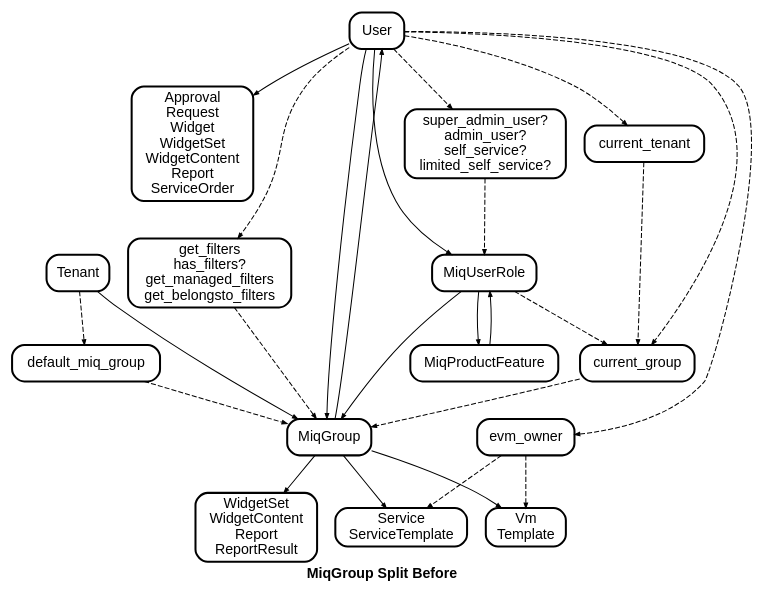
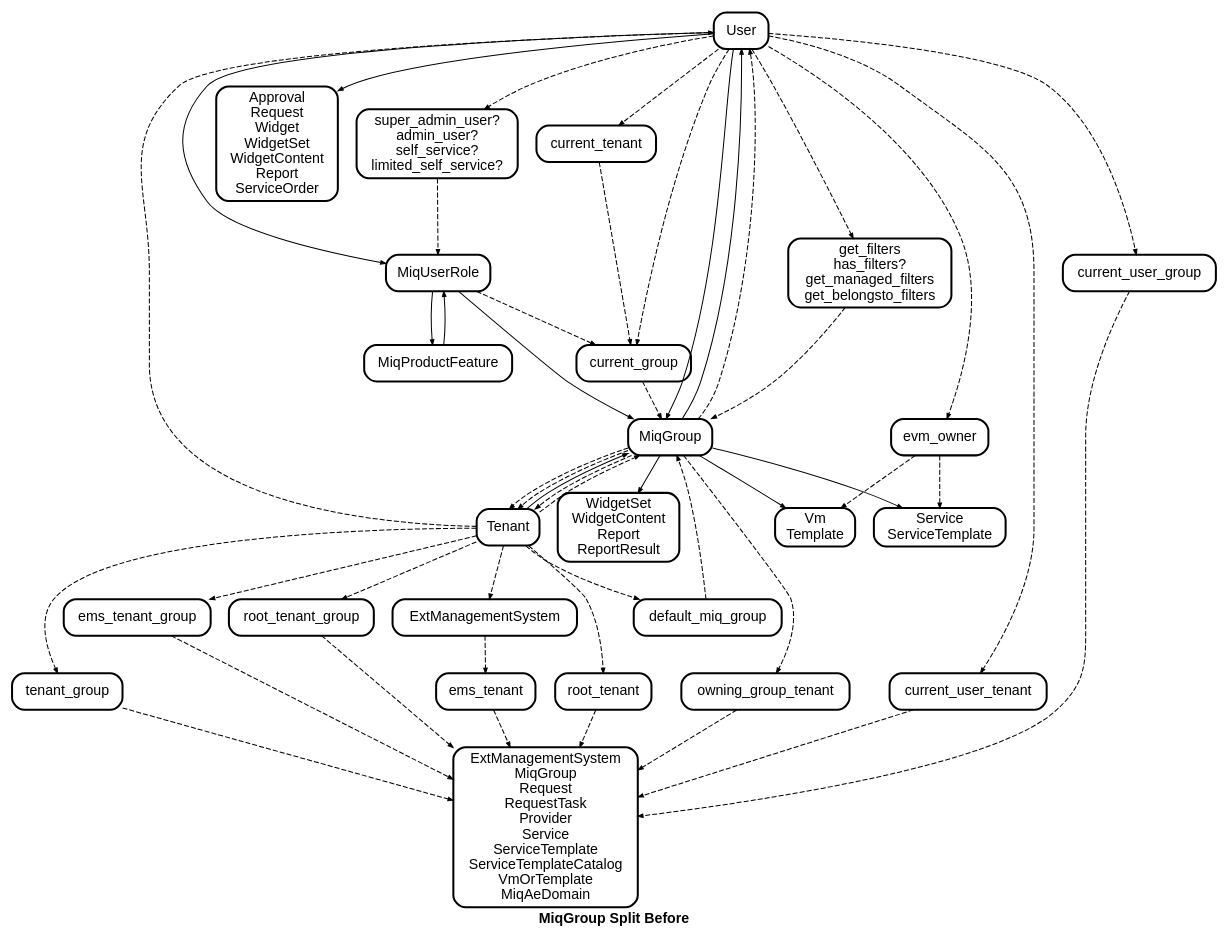
One commit to jrafanie/miq_group_split changed the diagram in miq_group_split_before.dot. Above: the diagram before and after it, drawn with Graphviz.

Commit message:
Add TenancyMixin relationships.

```diff
--- a/miq_group_split_before.dot
+++ b/miq_group_split_before.dot
@@ -1,30 +1,40 @@
 digraph MiqGroupSplitBefore {
 	graph [ fontname="Helvetica-Bold" ]
 	node  [ id="\N" shape="Mrecord" style="filled" fontname="Helvetica" fillcolor="#ffffff" penwidth="2" ]
 	edge  [ arrowsize="0.5" fontname="Helvetica" ]
 
 	label="MiqGroup Split Before"
 	style="rounded"
 
 	user_owned_resources [label="Approval\nRequest\nWidget\nWidgetSet\nWidgetContent\nReport\nServiceOrder"]
 	group_owned_resources [label="WidgetSet\nWidgetContent\nReport\nReportResult"]
 	owned_vms [label="Vm\nTemplate"]
 	user_filters [label="get_filters\nhas_filters?\nget_managed_filters\nget_belongsto_filters"]
 	user_levels [label="super_admin_user?\nadmin_user?\nself_service?\nlimited_self_service?"]
 	service_resources [label="Service\nServiceTemplate"]
+	tenancy_resources [label="ExtManagementSystem\nMiqGroup\nRequest\nRequestTask\nProvider\nService\nServiceTemplate\nServiceTemplateCatalog\nVmOrTemplate\nMiqAeDomain"]
 
 	Tenant -> MiqGroup
 	Tenant -> default_miq_group -> MiqGroup [style="dashed"]
 	MiqUserRole -> MiqGroup
 	MiqUserRole -> MiqProductFeature
 	MiqProductFeature -> MiqUserRole
 	MiqGroup -> User, owned_vms, group_owned_resources, service_resources
 	User -> MiqUserRole, MiqGroup
 	User -> current_tenant, current_group, user_filters, user_levels [style="dashed"]
 	user_filters -> MiqGroup [style="dashed"]
 	user_levels -> MiqUserRole [style="dashed"]
 	User -> evm_owner -> owned_vms, service_resources [style="dashed"]
 	User -> user_owned_resources
 	current_group -> MiqGroup [style="dashed"]
 	MiqUserRole, current_tenant -> current_group [style="dashed"]
+
+	Tenant -> MiqGroup -> owning_group_tenant -> tenancy_resources [style="dashed"]
+	Tenant -> User -> current_user_tenant -> tenancy_resources [style="dashed"]
+	Tenant -> ExtManagementSystem -> ems_tenant -> tenancy_resources [style="dashed"]
+	Tenant -> root_tenant -> tenancy_resources [style="dashed"]
+	MiqGroup -> Tenant -> tenant_group -> tenancy_resources [style="dashed"]
+	MiqGroup -> User -> current_user_group -> tenancy_resources [style="dashed"]
+	MiqGroup -> Tenant -> ems_tenant_group -> tenancy_resources [style="dashed"]
+	MiqGroup -> Tenant -> root_tenant_group -> tenancy_resources [style="dashed"]
 }
```
